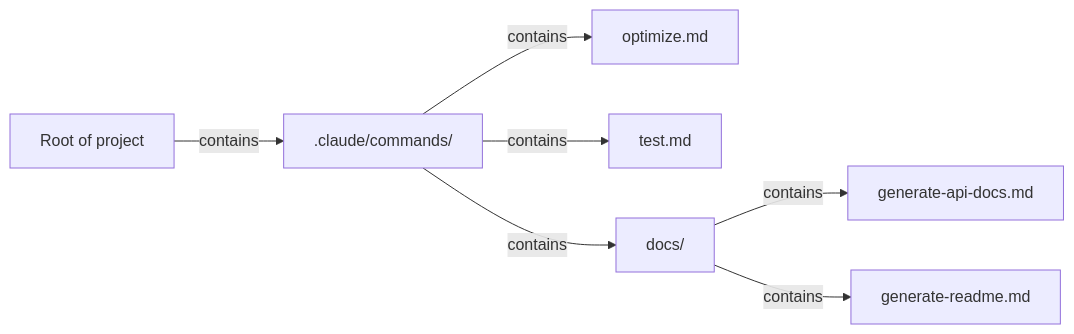
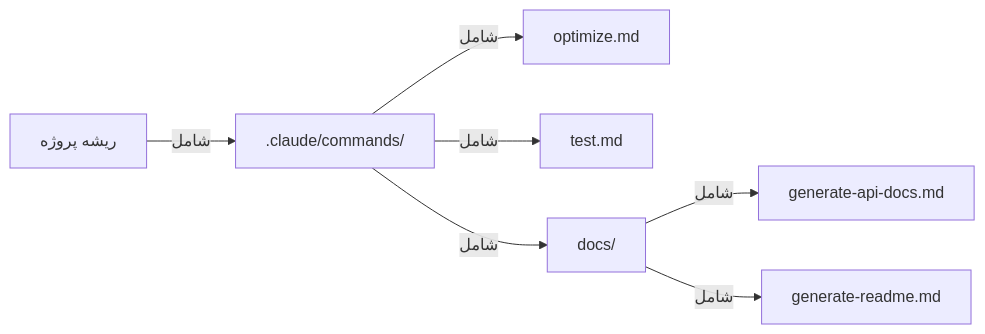
One commit to hassanbht/claude-howto changed the second of 31 diagrams in fa/claude_concepts_guide.md. Above: the diagram before and after it, drawn with Mermaid. The commit also changed other lines of this file and 53 other files, not shown here.

````diff
--- a/fa/claude_concepts_guide.md
+++ b/fa/claude_concepts_guide.md
@@ -44,9 +52,9 @@
 ```mermaid
 graph LR
-    A["Root of project"] -->|contains| B[".claude/commands/"]
-    B -->|contains| C["optimize.md"]
-    B -->|contains| D["test.md"]
-    B -->|contains| E["docs/"]
-    E -->|contains| F["generate-api-docs.md"]
-    E -->|contains| G["generate-readme.md"]
+    A["ریشه پروژه"] -->|شامل| B[".claude/commands/"]
+    B -->|شامل| C["optimize.md"]
+    B -->|شامل| D["test.md"]
+    B -->|شامل| E["docs/"]
+    E -->|شامل| F["generate-api-docs.md"]
+    E -->|شامل| G["generate-readme.md"]
 ```
````
